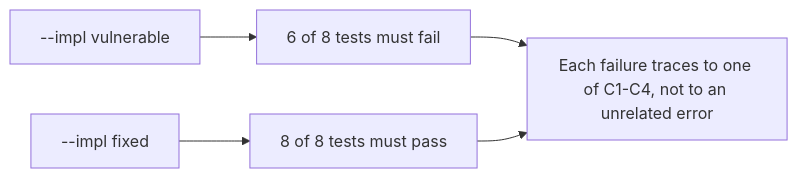
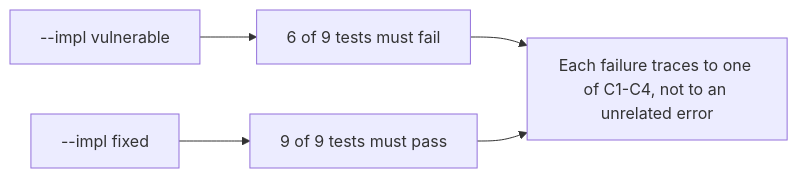
The diagram in content/modules/2/2.3/lessons/05-verify.md (ishitvagoel/LearnSecurity), drawn with Mermaid before and after one commit. The commit also changed other lines of this file and 10 other files, not shown here.

````diff
--- a/content/modules/2/2.3/lessons/05-verify.md
+++ b/content/modules/2/2.3/lessons/05-verify.md
@@ -15,7 +15,7 @@
 ```mermaid
 flowchart LR
-  V["--impl vulnerable"] --> F["6 of 8 tests must fail"]
-  X["--impl fixed"] --> P["8 of 8 tests must pass"]
+  V["--impl vulnerable"] --> F["6 of 9 tests must fail"]
+  X["--impl fixed"] --> P["9 of 9 tests must pass"]
   F --> Reason["Each failure traces to one of C1-C4, not to an unrelated error"]
   P --> Reason
 ```
````
